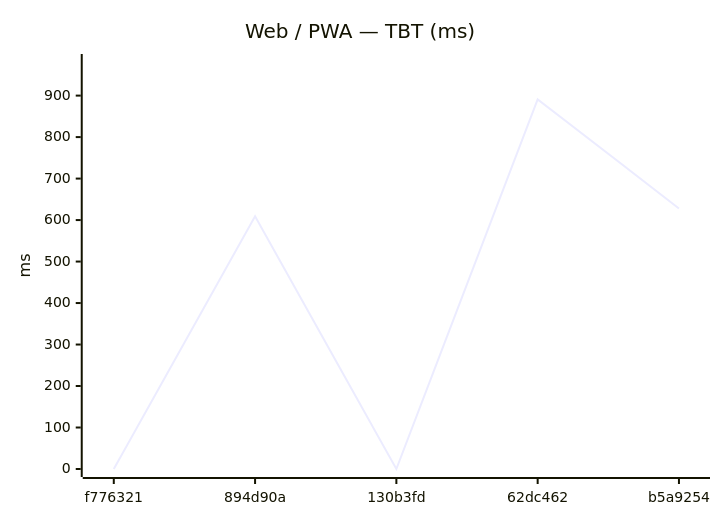
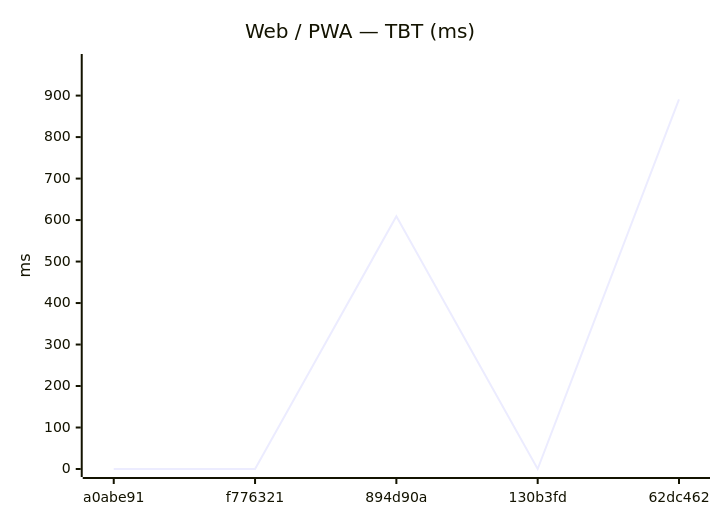
Before and after one commit to Metaheurist/Rianell: the eighth of 18 diagrams in benchmarks/compare.md, drawn with Mermaid. The commit also changed other lines of this file and 11 other files, not shown here.

````diff
--- a/benchmarks/compare.md
+++ b/benchmarks/compare.md
@@ -124,7 +124,7 @@
 ```mermaid
 xychart-beta
     title "Web / PWA — TBT (ms)"
-    x-axis ["f776321", "894d90a", "130b3fd", "62dc462", "b5a9254"]
+    x-axis ["a0abe91", "f776321", "894d90a", "130b3fd", "62dc462"]
     y-axis "ms" 0 --> 981
-    line [0, 609, 0, 891, 628]
+    line [0, 0, 609, 0, 891]
 ```
````
